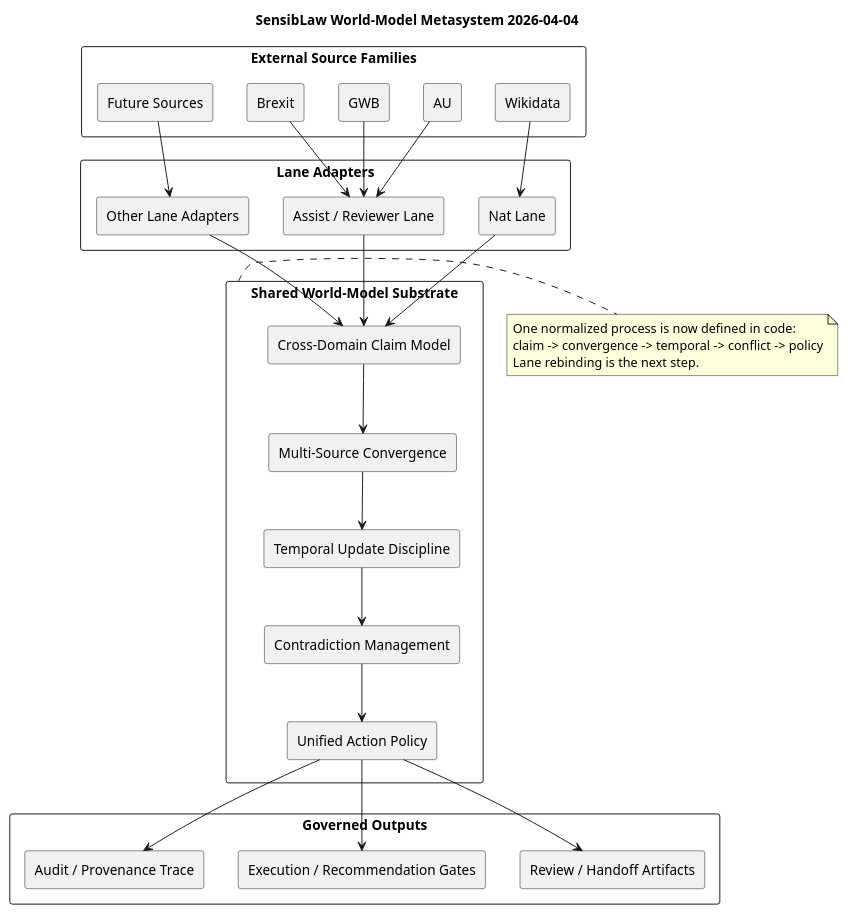
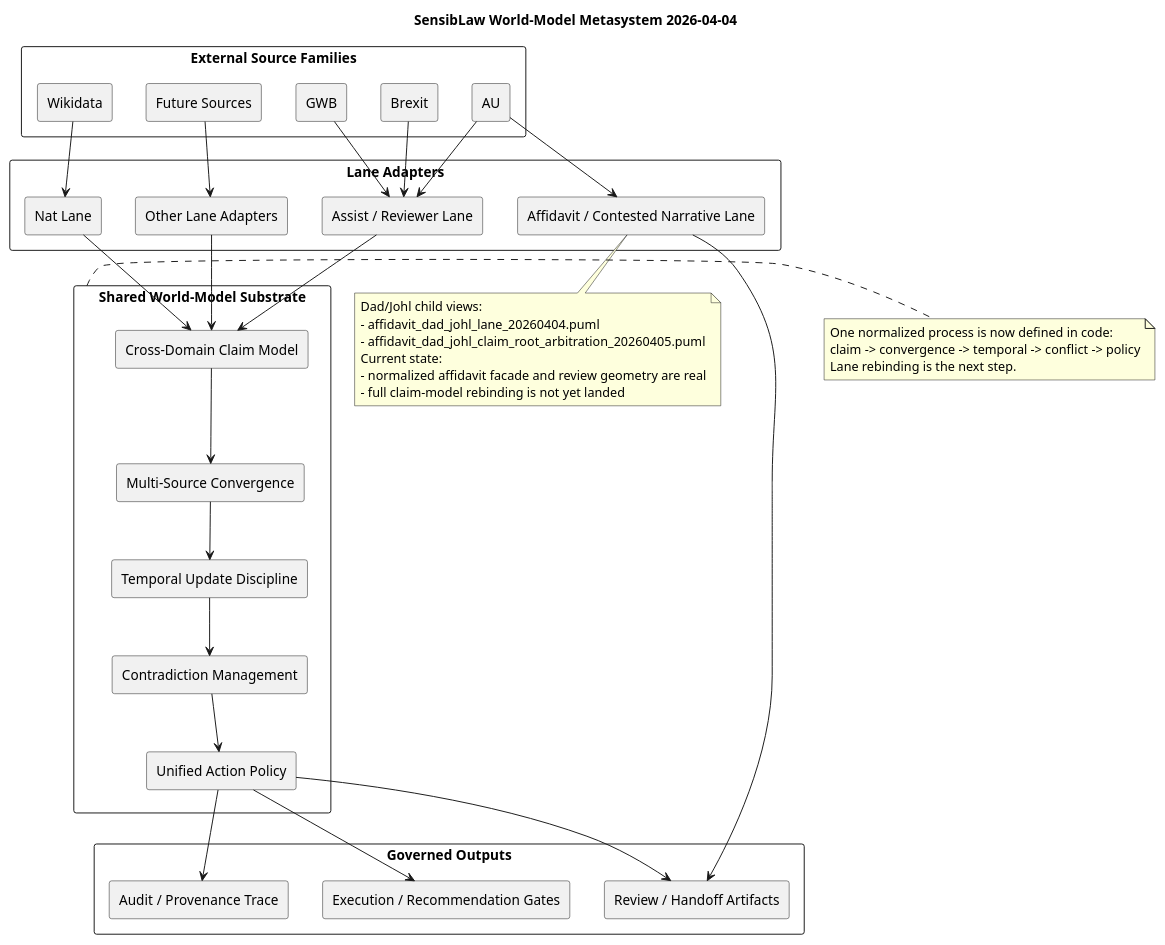
The diagram in docs/roadmaps/world_model_metasystem_20260404.puml (chboishabba/SensibLaw), drawn with PlantUML before and after one commit. The commit also changed 50 other files, not shown here.

```diff
--- a/docs/roadmaps/world_model_metasystem_20260404.puml
+++ b/docs/roadmaps/world_model_metasystem_20260404.puml
@@ -1,61 +1,73 @@
 @startuml
 title SensibLaw World-Model Metasystem 2026-04-04
 
 skinparam componentStyle rectangle
 skinparam shadowing false
 skinparam defaultFontName Monospace
 
 rectangle "External Source Families" as SOURCES {
   component "Wikidata" as WIKIDATA
   component "AU" as AU
   component "GWB" as GWB
   component "Brexit" as BREXIT
   component "Future Sources" as FUTURE
 }
 
 rectangle "Lane Adapters" as LANES {
   component "Nat Lane" as NAT
   component "Assist / Reviewer Lane" as ASSIST
+  component "Affidavit / Contested Narrative Lane" as AFFIDAVIT
   component "Other Lane Adapters" as OTHER
 }
 
 rectangle "Shared World-Model Substrate" as SUBSTRATE {
   component "Cross-Domain Claim Model" as CLAIM
   component "Multi-Source Convergence" as CONVERGENCE
   component "Temporal Update Discipline" as TEMPORAL
   component "Contradiction Management" as CONFLICT
   component "Unified Action Policy" as POLICY
 }
 
 rectangle "Governed Outputs" as OUTPUTS {
   component "Review / Handoff Artifacts" as REVIEW
   component "Execution / Recommendation Gates" as GATES
   component "Audit / Provenance Trace" as AUDIT
 }
 
 WIKIDATA --> NAT
 AU --> ASSIST
 GWB --> ASSIST
 BREXIT --> ASSIST
+AU --> AFFIDAVIT
 FUTURE --> OTHER
 
 NAT --> CLAIM
 ASSIST --> CLAIM
 OTHER --> CLAIM
+AFFIDAVIT --> REVIEW
 
 CLAIM --> CONVERGENCE
 CONVERGENCE --> TEMPORAL
 TEMPORAL --> CONFLICT
 CONFLICT --> POLICY
 
 POLICY --> REVIEW
 POLICY --> GATES
 POLICY --> AUDIT
 
 note right of SUBSTRATE
 One normalized process is now defined in code:
 claim -> convergence -> temporal -> conflict -> policy
 Lane rebinding is the next step.
 end note
 
+note bottom of AFFIDAVIT
+Dad/Johl child views:
+- affidavit_dad_johl_lane_20260404.puml
+- affidavit_dad_johl_claim_root_arbitration_20260405.puml
+Current state:
+- normalized affidavit facade and review geometry are real
+- full claim-model rebinding is not yet landed
+end note
+
 @enduml
```
